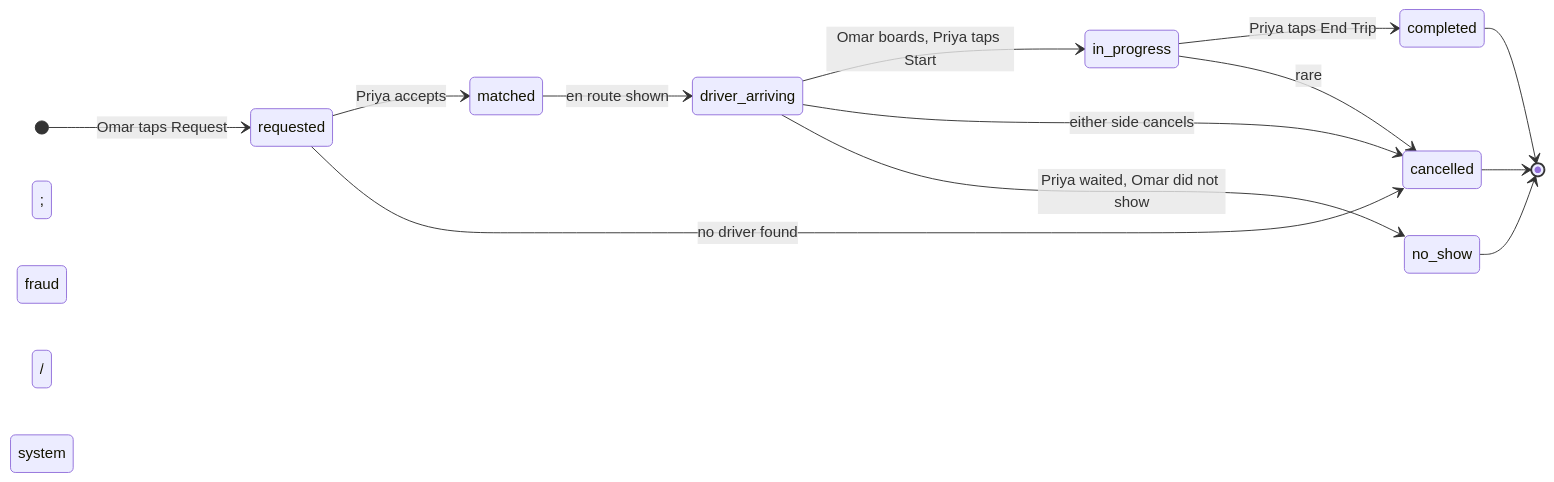
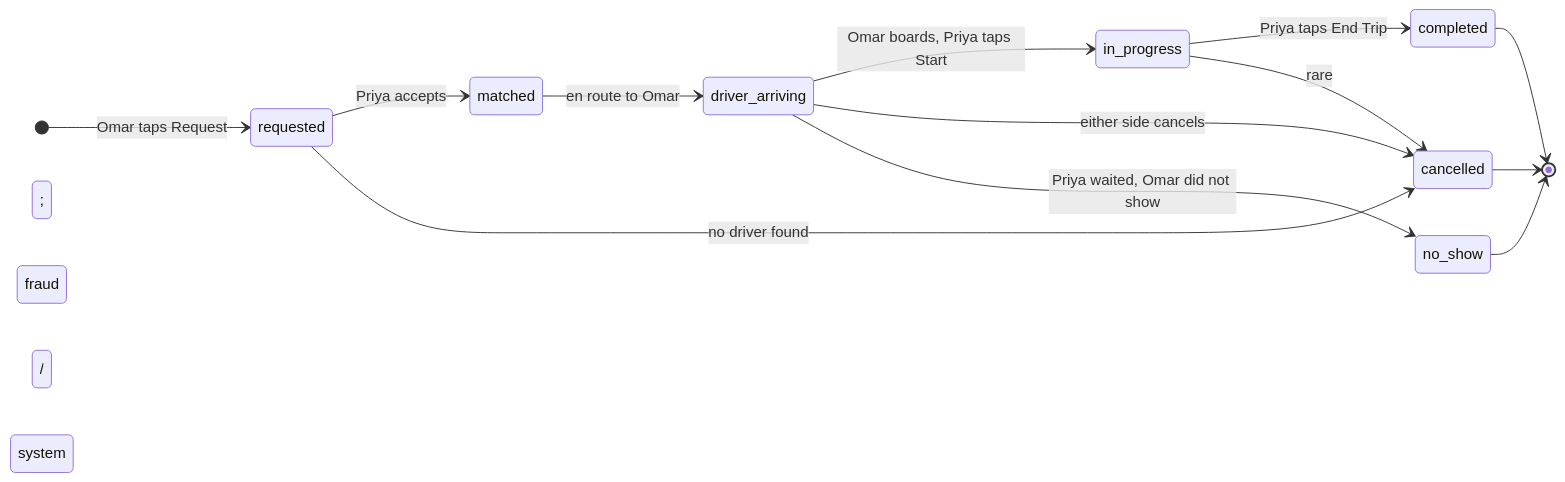
The first of 8 diagrams in problems/007-ride-sharing/question.md (shiningflash/system-design), drawn with Mermaid before and after one commit. The commit also changed other lines of this file and 37 other files, not shown here.

````diff
--- a/problems/007-ride-sharing/question.md
+++ b/problems/007-ride-sharing/question.md
@@ -32,16 +29,16 @@
 ```mermaid
 stateDiagram-v2
     direction LR
     [*] --> requested: Omar taps Request
     requested --> matched: Priya accepts
-    matched --> driver_arriving: en route shown
+    matched --> driver_arriving: en route to Omar
     driver_arriving --> in_progress: Omar boards, Priya taps Start
     in_progress --> completed: Priya taps End Trip
     driver_arriving --> cancelled: either side cancels
     in_progress --> cancelled: rare; fraud / system
     requested --> cancelled: no driver found
     driver_arriving --> no_show: Priya waited, Omar did not show
     completed --> [*]
     cancelled --> [*]
     no_show --> [*]
 ```
````
